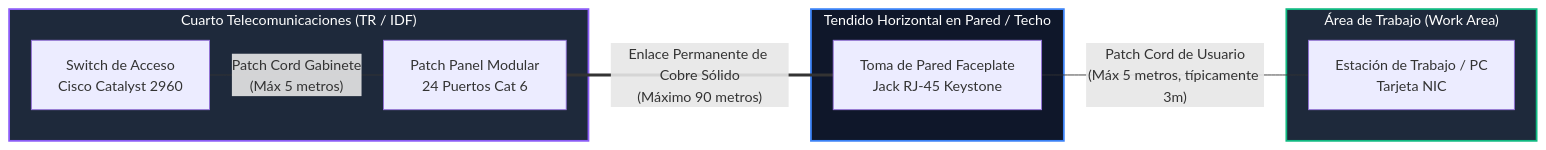
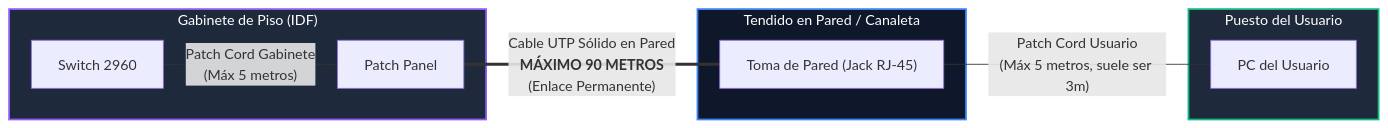
The second of 2 diagrams in Teoria/Modulo_3_Cableado_Estructurado/02_Los_6_Subsistemas_Cableado.md (ch4rf/redes-computadoras), drawn with Mermaid before and after one commit. The commit also changed other lines of this file and 14 other files, not shown here.

````diff
--- a/Teoria/Modulo_3_Cableado_Estructurado/02_Los_6_Subsistemas_Cableado.md
+++ b/Teoria/Modulo_3_Cableado_Estructurado/02_Los_6_Subsistemas_Cableado.md
@@ -71,18 +68,18 @@
 ```mermaid
 flowchart LR
-    subgraph TR ["Cuarto Telecomunicaciones (TR / IDF)"]
-        SW["Switch de Acceso<br/>Cisco Catalyst 2960"] ---|"Patch Cord Gabinete<br/>(Máx 5 metros)"| PP["Patch Panel Modular<br/>24 Puertos Cat 6"]
+    subgraph TR ["Gabinete de Piso (IDF)"]
+        SW["Switch 2960"] ---|"Patch Cord Gabinete<br/>(Máx 5 metros)"| PP["Patch Panel"]
     end
 
-    subgraph HORIZ ["Tendido Horizontal en Pared / Techo"]
-        PP ===|"Enlace Permanente de Cobre Sólido<br/>(Máximo 90 metros)"| JACK["Toma de Pared Faceplate<br/>Jack RJ-45 Keystone"]
+    subgraph HORIZ ["Tendido en Pared / Canaleta"]
+        PP ===|"Cable UTP Sólido en Pared<br/><b>MÁXIMO 90 METROS</b><br/>(Enlace Permanente)"| JACK["Toma de Pared (Jack RJ-45)"]
     end
 
-    subgraph WA ["Área de Trabajo (Work Area)"]
-        JACK ---|"Patch Cord de Usuario<br/>(Máx 5 metros, típicamente 3m)"| PC["Estación de Trabajo / PC<br/>Tarjeta NIC"]
+    subgraph WA ["Puesto del Usuario"]
+        JACK ---|"Patch Cord Usuario<br/>(Máx 5 metros, suele ser 3m)"| PC["PC del Usuario"]
     end
 
     style TR fill:#1e293b,stroke:#8b5cf6,stroke-width:2px,color:#fff
     style HORIZ fill:#0f172a,stroke:#3b82f6,stroke-width:2px,color:#fff
     style WA fill:#1e293b,stroke:#10b981,stroke-width:2px,color:#fff
 ```
````
